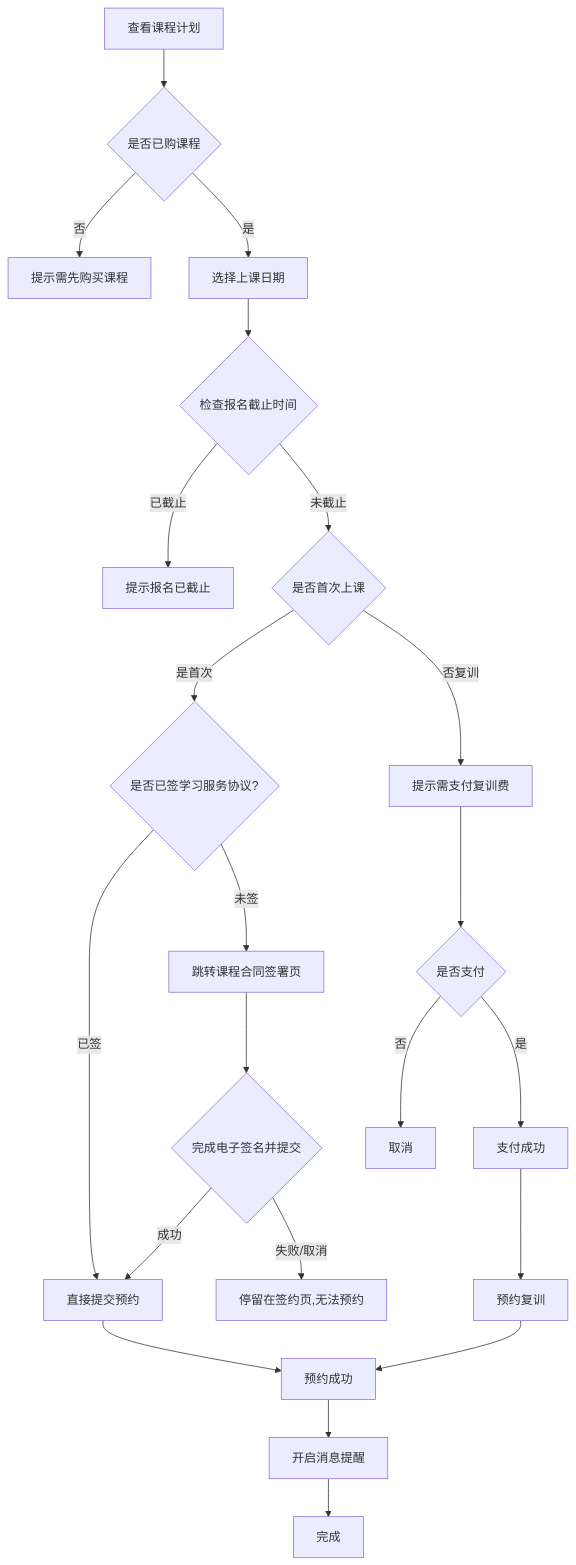
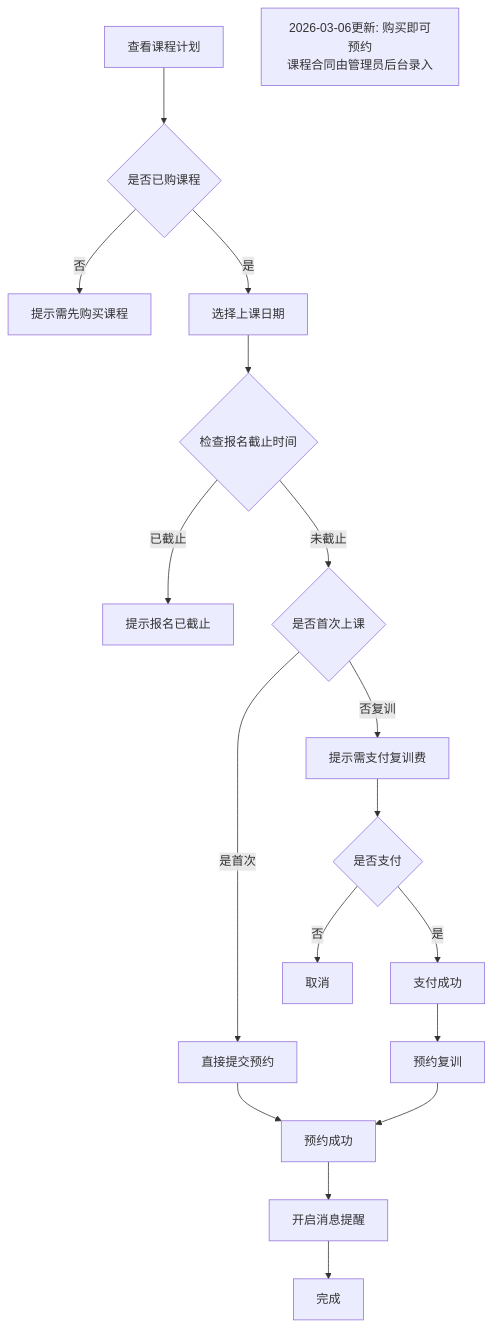
One commit to richenHe/tiandaowenhua_xcx changed the fifth of 21 diagrams in 需求文档-V2.md. Above: the diagram before and after it, drawn with Mermaid. The commit also changed other lines of this file and 5686 other files, not shown here.

````diff
--- a/需求文档-V2.md
+++ b/需求文档-V2.md
@@ -683,27 +689,23 @@
 ```mermaid
 flowchart TD
     A[查看课程计划] --> B{是否已购课程}
     B -->|否| C[提示需先购买课程]
     B -->|是| D[选择上课日期]
     D --> E{检查报名截止时间}
     E -->|已截止| F[提示报名已截止]
     E -->|未截止| G{是否首次上课}
     
-    G -->|是首次| H0{是否已签学习服务协议?}
-    H0 -->|已签| H1[直接提交预约]
-    H0 -->|未签| H0a[跳转课程合同签署页]
-    H0a --> H0b{完成电子签名并提交}
-    H0b -->|成功| H1
-    H0b -->|失败/取消| H0c[停留在签约页,无法预约]
+    G -->|是首次| H1[直接提交预约]
     H1 --> I1[预约成功]
+    note1[2026-03-06更新: 购买即可预约<br/>课程合同由管理员后台录入]
     
     G -->|否复训| H2[提示需支付复训费]
     H2 --> H3{是否支付}
     H3 -->|是| H4[支付成功]
     H3 -->|否| H5[取消]
     H4 --> H6[预约复训]
     H6 --> I1
     
     I1 --> J[开启消息提醒]
     J --> K[完成]
 ```
````
